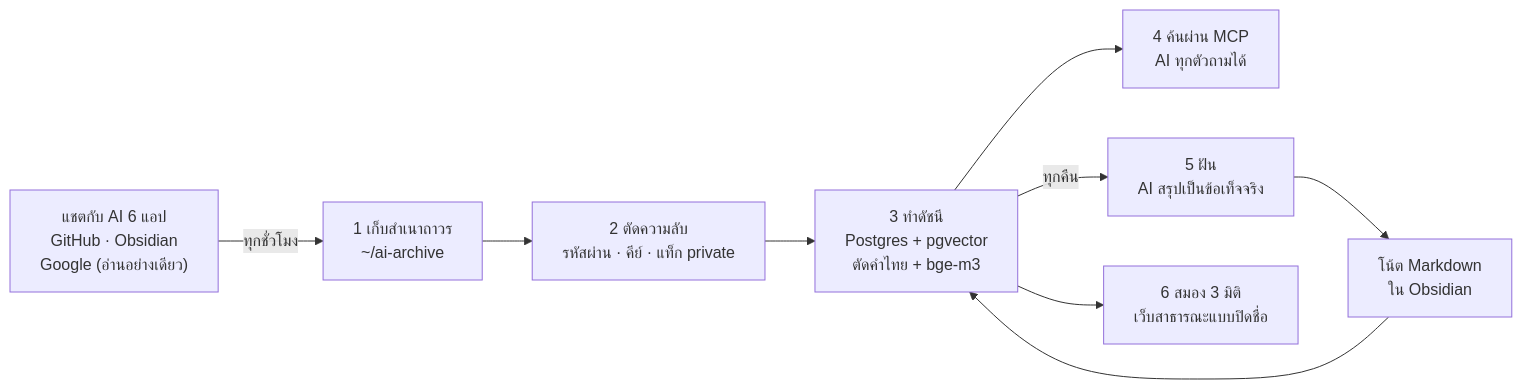
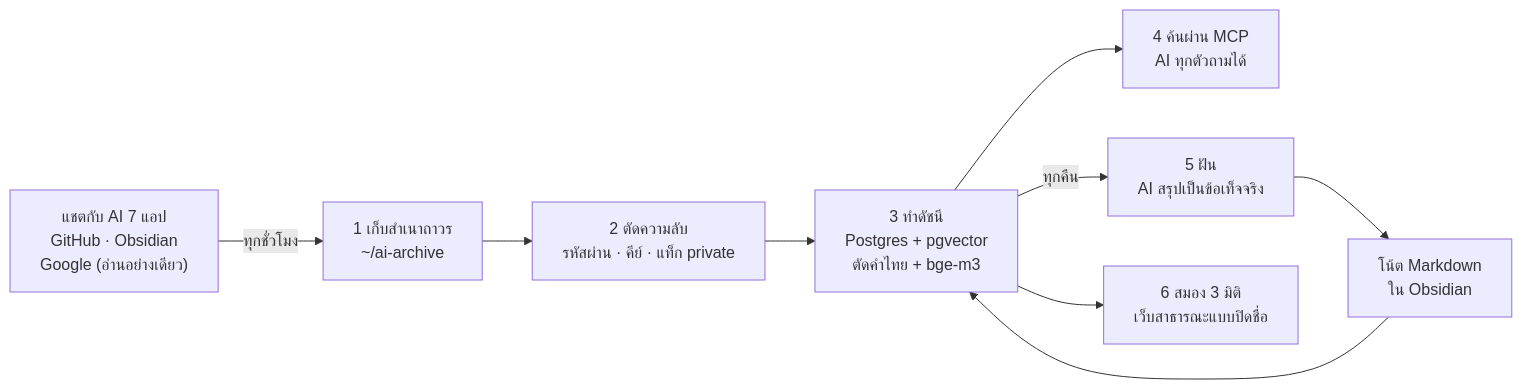
One commit to jaturapornchai/mymemory01 changed the diagram in README.md. Above: the diagram before and after it, drawn with Mermaid. The commit also changed other lines of this file, not shown here.

````diff
--- a/README.md
+++ b/README.md
@@ -42,11 +42,11 @@
 ```mermaid
 flowchart LR
-  A["แชตกับ AI 6 แอป<br/>GitHub · Obsidian<br/>Google (อ่านอย่างเดียว)"] -->|ทุกชั่วโมง| B["1 เก็บสำเนาถาวร<br/>~/ai-archive"]
+  A["แชตกับ AI 7 แอป<br/>GitHub · Obsidian<br/>Google (อ่านอย่างเดียว)"] -->|ทุกชั่วโมง| B["1 เก็บสำเนาถาวร<br/>~/ai-archive"]
   B --> C["2 ตัดความลับ<br/>รหัสผ่าน · คีย์ · แท็ก private"]
   C --> D["3 ทำดัชนี<br/>Postgres + pgvector<br/>ตัดคำไทย + bge-m3"]
   D --> E["4 ค้นผ่าน MCP<br/>AI ทุกตัวถามได้"]
   D -->|ทุกคืน| F["5 ฝัน<br/>AI สรุปเป็นข้อเท็จจริง"]
   F --> G["โน้ต Markdown<br/>ใน Obsidian"]
   G --> D
   D --> H["6 สมอง 3 มิติ<br/>เว็บสาธารณะแบบปิดชื่อ"]
 ```
````
